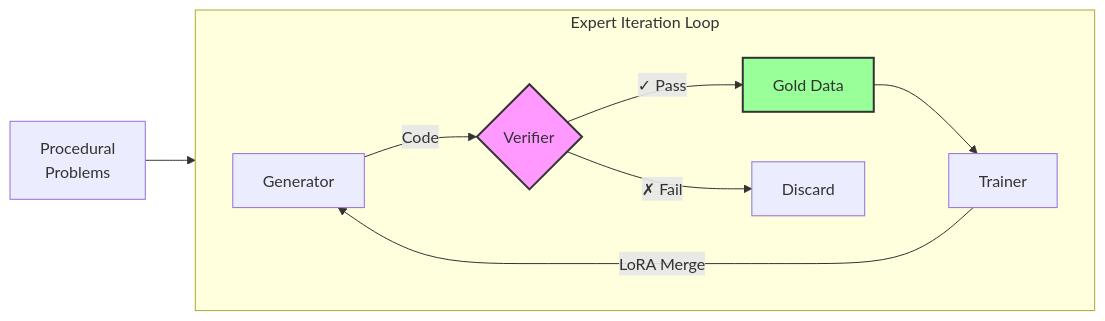
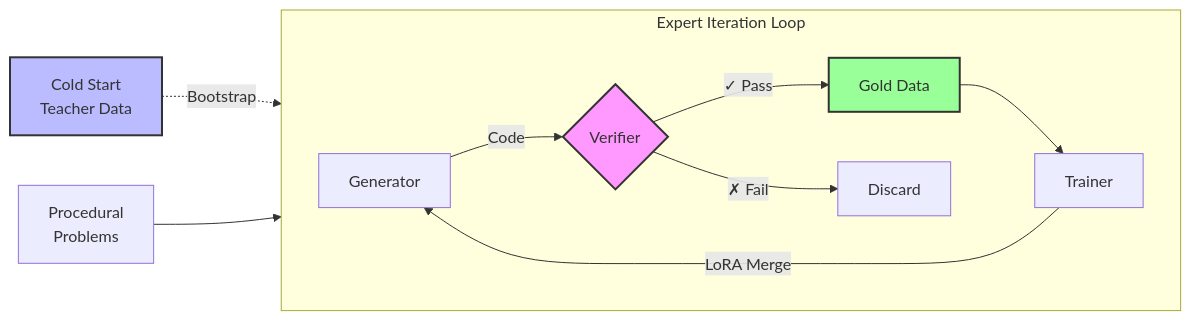
One commit to canivel/axiom-rl changed the diagram in README.md. Above: the diagram before and after it, drawn with Mermaid. The commit also changed other lines of this file, not shown here.

First line of the commit message:
Add Cold Start to diagram, reorder components by execution flow

````diff
--- a/README.md
+++ b/README.md
@@ -23,16 +23,18 @@
 ```mermaid
 graph LR
+    C[Cold Start<br/>Teacher Data] -.->|Bootstrap| G
+    P[Procedural<br/>Problems] --> G
+
     subgraph Loop["Expert Iteration Loop"]
         direction LR
         G[Generator] -->|Code| V{Verifier}
         V -->|✓ Pass| D[Gold Data]
         V -->|✗ Fail| X[Discard]
         D --> T[Trainer]
         T -->|LoRA Merge| G
     end
 
-    P[Procedural<br/>Problems] --> G
-
     style V fill:#f9f,stroke:#333,stroke-width:2px
     style D fill:#9f9,stroke:#333,stroke-width:2px
+    style C fill:#bbf,stroke:#333,stroke-width:2px
 ```
````
